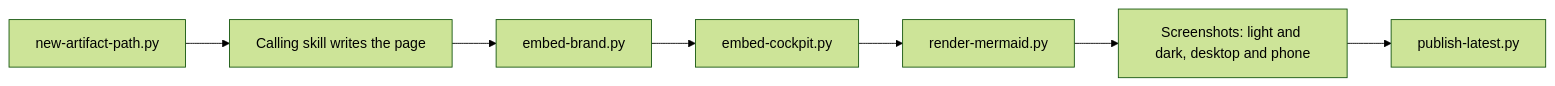
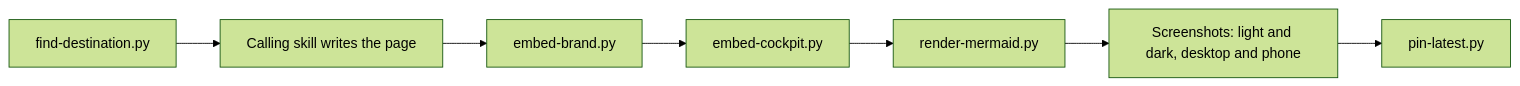
Before and after one commit to an-dr/agents: the diagram in skills/actions/an-dr-files-build-report/README.md, drawn with Mermaid (forest theme). The commit also changed other lines of this file and 40 other files, not shown here.

First line of the commit message:
feat: declare artifacts in skill metadata and add find-destination

````diff
--- a/skills/actions/an-dr-files-build-report/README.md
+++ b/skills/actions/an-dr-files-build-report/README.md
@@ -11,9 +11,9 @@
 ```mermaid
 flowchart LR
-  P[new-artifact-path.py] --> W[Calling skill writes the page]
+  P[find-destination.py] --> W[Calling skill writes the page]
   W --> B[embed-brand.py]
   B --> K[embed-cockpit.py]
   K --> M[render-mermaid.py]
   M --> V[Screenshots: light and dark, desktop and phone]
-  V --> L[publish-latest.py]
+  V --> L[pin-latest.py]
 ```
````
